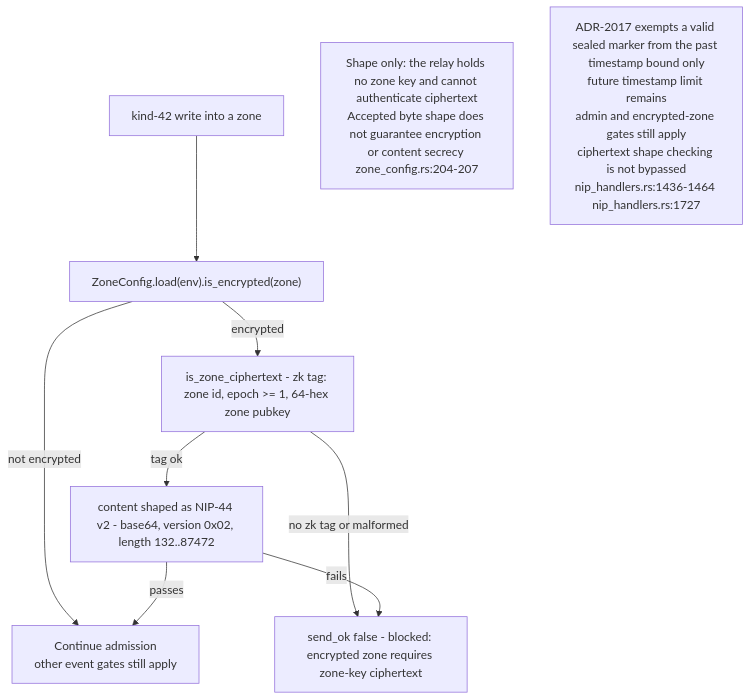
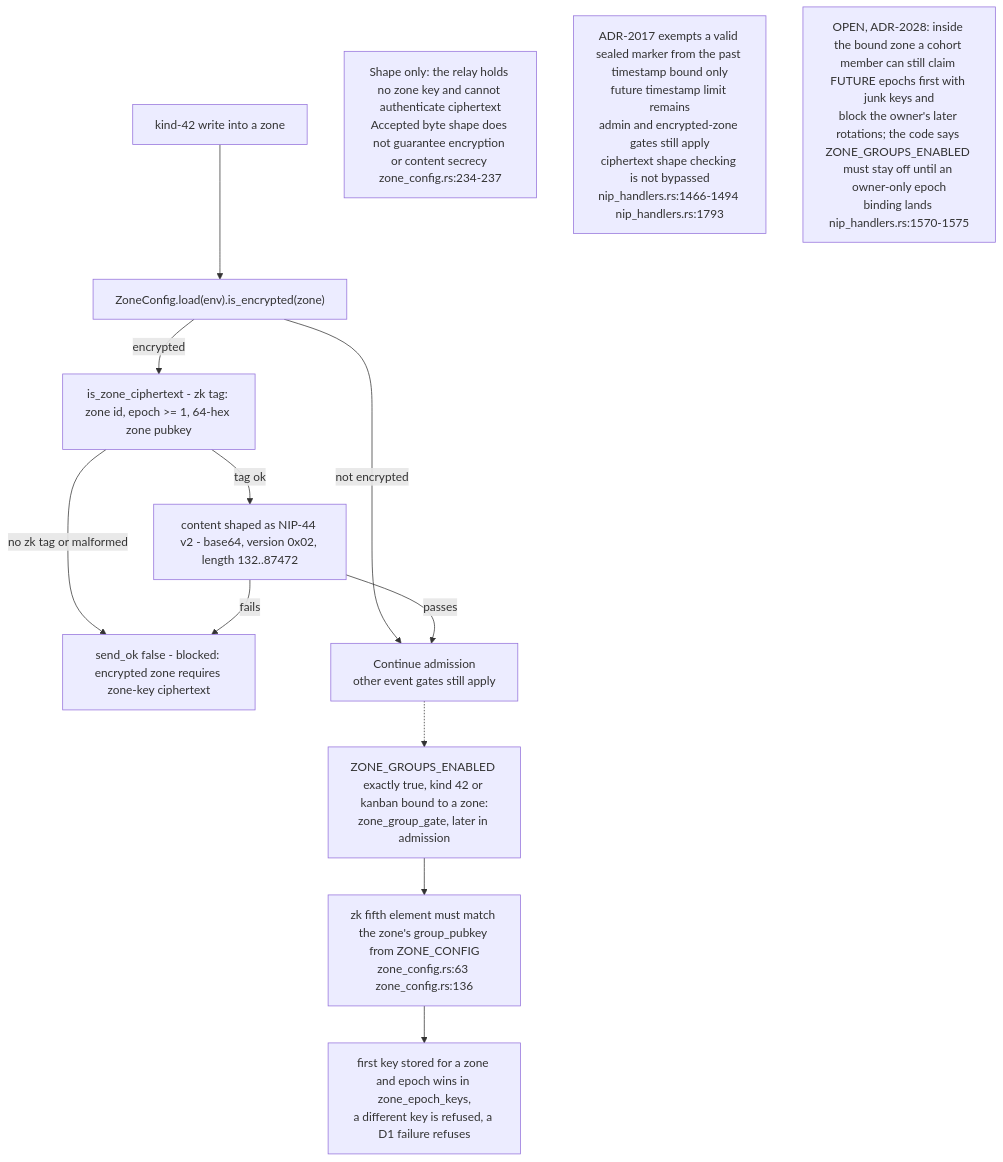
Before and after one commit to DreamLab-AI/VisionFlow: the ninth of 11 diagrams in docs/diagrams/nostr-rust-forum/08-config-zones-stores-and-admin-authority.md, drawn with Mermaid. The commit also changed other lines of this file and 1 other file, not shown here.

First line of the commit message:
docs(diagrams): NF-08 and NF-25 re-verified at nostr-rust-forum af4f0d5

````diff
--- a/docs/diagrams/nostr-rust-forum/08-config-zones-stores-and-admin-authority.md
+++ b/docs/diagrams/nostr-rust-forum/08-config-zones-stores-and-admin-authority.md
@@ -313,25 +338,33 @@
 ```mermaid
 flowchart TB
-    %% Source: ../nostr-rust-forum/crates/nostr-bbs-relay-worker/src/relay_do/nip_handlers.rs:1450
+    %% Source: ../nostr-rust-forum/crates/nostr-bbs-relay-worker/src/relay_do/nip_handlers.rs:1480
     WRITE["kind-42 write into a zone"]
-    %% Source: ../nostr-rust-forum/crates/nostr-bbs-relay-worker/src/relay_do/nip_handlers.rs:1457-1458
+    %% Source: ../nostr-rust-forum/crates/nostr-bbs-relay-worker/src/relay_do/nip_handlers.rs:1487-1488
     LOOKUP["ZoneConfig.load(env).is_encrypted(zone)"]
-    %% Source: ../nostr-rust-forum/crates/nostr-bbs-relay-worker/src/zone_config.rs:211-217
+    %% Source: ../nostr-rust-forum/crates/nostr-bbs-relay-worker/src/zone_config.rs:241-247
     TAGCHK["is_zone_ciphertext - zk tag: zone id, epoch >= 1, 64-hex zone pubkey"]
-    %% Source: ../nostr-rust-forum/crates/nostr-bbs-relay-worker/src/zone_config.rs:218-223
+    %% Source: ../nostr-rust-forum/crates/nostr-bbs-relay-worker/src/zone_config.rs:248-253
     SHAPECHK["content shaped as NIP-44 v2 - base64, version 0x02, length 132..87472"]
-    %% Source: ../nostr-rust-forum/crates/nostr-bbs-relay-worker/src/relay_do/nip_handlers.rs:1459-1464
+    %% Source: ../nostr-rust-forum/crates/nostr-bbs-relay-worker/src/relay_do/nip_handlers.rs:1489-1494
     REJECT["send_ok false - blocked: encrypted zone requires zone-key ciphertext"]
     ACCEPT["Continue admission<br/>other event gates still apply"]
 
     WRITE --> LOOKUP
     LOOKUP -->|"encrypted"| TAGCHK
     LOOKUP -->|"not encrypted"| ACCEPT
     TAGCHK -->|"tag ok"| SHAPECHK
     TAGCHK -->|"no zk tag or malformed"| REJECT
     SHAPECHK -->|"passes"| ACCEPT
     SHAPECHK -->|"fails"| REJECT
+    %% Source: ../nostr-rust-forum/crates/nostr-bbs-relay-worker/src/relay_do/nip_handlers.rs:1576-1588
+    ZG["ZONE_GROUPS_ENABLED exactly true, kind 42 or kanban bound to a zone:<br/>zone_group_gate, later in admission"]
+    %% Source: ../nostr-rust-forum/crates/nostr-bbs-relay-worker/src/relay_do/nip_handlers.rs:2566
+    HINT["zk fifth element must match the zone's group_pubkey from ZONE_CONFIG<br/>zone_config.rs:63 zone_config.rs:136"]
+    %% Source: ../nostr-rust-forum/crates/nostr-bbs-relay-worker/src/relay_do/nip_handlers.rs:2577-2585
+    UNIQ["first key stored for a zone and epoch wins in zone_epoch_keys,<br/>a different key is refused, a D1 failure refuses"]
+    ACCEPT -.-> ZG --> HINT --> UNIQ
 
-    N1["Shape only: the relay holds no zone key and cannot authenticate ciphertext<br/>Accepted byte shape does not guarantee encryption or content secrecy zone_config.rs:204-207"]
-    N2["ADR-2017 exempts a valid sealed marker from the past timestamp bound only<br/>future timestamp limit remains<br/>admin and encrypted-zone gates still apply<br/>ciphertext shape checking is not bypassed<br/>nip_handlers.rs:1436-1464 nip_handlers.rs:1727"]
+    N1["Shape only: the relay holds no zone key and cannot authenticate ciphertext<br/>Accepted byte shape does not guarantee encryption or content secrecy zone_config.rs:234-237"]
+    N2["ADR-2017 exempts a valid sealed marker from the past timestamp bound only<br/>future timestamp limit remains<br/>admin and encrypted-zone gates still apply<br/>ciphertext shape checking is not bypassed<br/>nip_handlers.rs:1466-1494 nip_handlers.rs:1793"]
+    N3["OPEN, ADR-2028: inside the bound zone a cohort member can still claim FUTURE epochs first with junk keys and<br/>block the owner's later rotations; the code says ZONE_GROUPS_ENABLED must stay off until an owner-only epoch<br/>binding lands nip_handlers.rs:1570-1575"]
 ```
````
